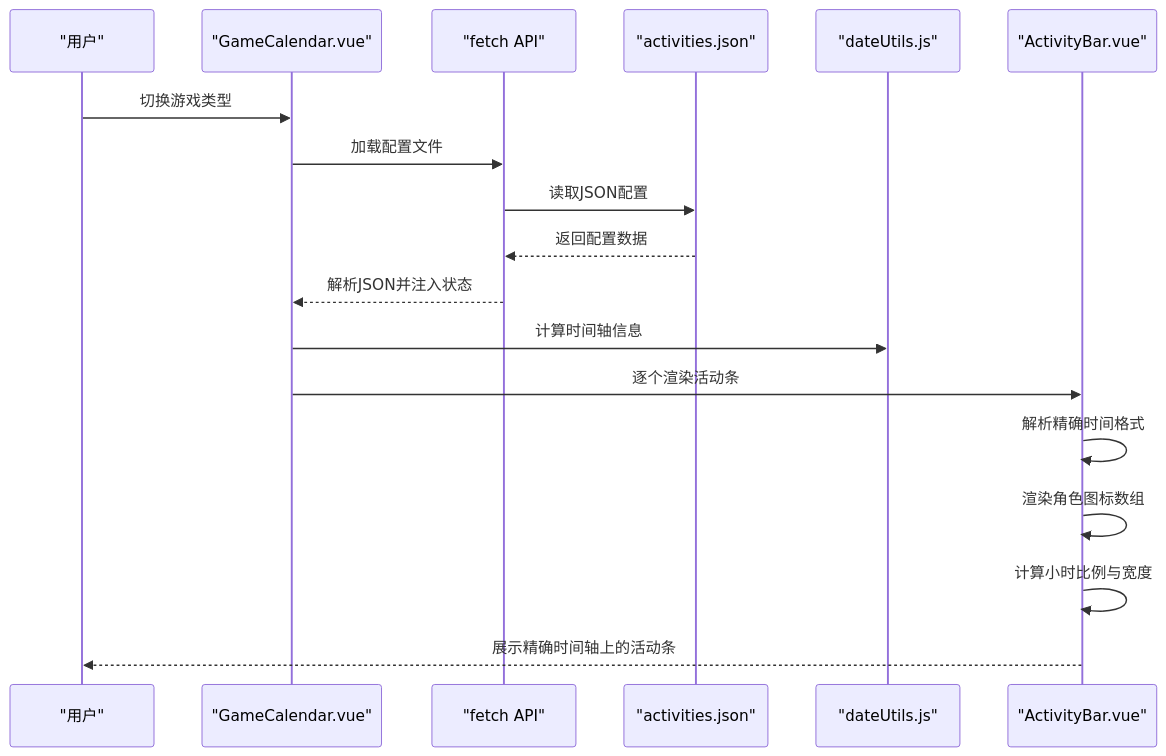
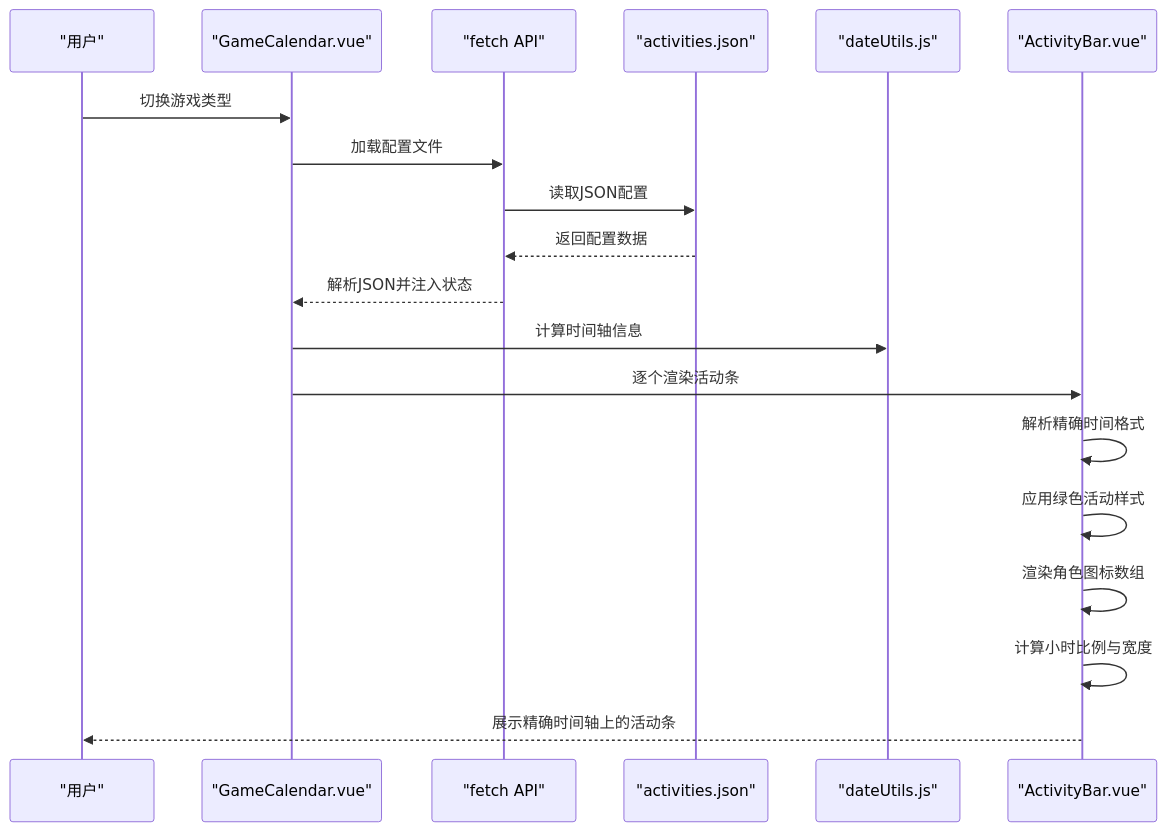
One commit to xuanyulingnfeg/gameCalendar changed the second of 7 diagrams in .qoder/repowiki/zh/content/配置系统.md. Above: the diagram before and after it, drawn with Mermaid. The commit also changed other lines of this file and 9 other files, not shown here.

````diff
--- a/.qoder/repowiki/zh/content/配置系统.md
+++ b/.qoder/repowiki/zh/content/配置系统.md
@@ -107,20 +106,21 @@
 ```mermaid
 sequenceDiagram
 participant U as "用户"
 participant GC as "GameCalendar.vue"
 participant FETCH as "fetch API"
 participant JSON as "activities.json"
 participant DU as "dateUtils.js"
 participant AB as "ActivityBar.vue"
 U->>GC : 切换游戏类型
 GC->>FETCH : 加载配置文件
 FETCH->>JSON : 读取JSON配置
 JSON-->>FETCH : 返回配置数据
 FETCH-->>GC : 解析JSON并注入状态
 GC->>DU : 计算时间轴信息
 GC->>AB : 逐个渲染活动条
 AB->>AB : 解析精确时间格式
+AB->>AB : 应用绿色活动样式
 AB->>AB : 渲染角色图标数组
 AB->>AB : 计算小时比例与宽度
 AB-->>U : 展示精确时间轴上的活动条
 ```
````
